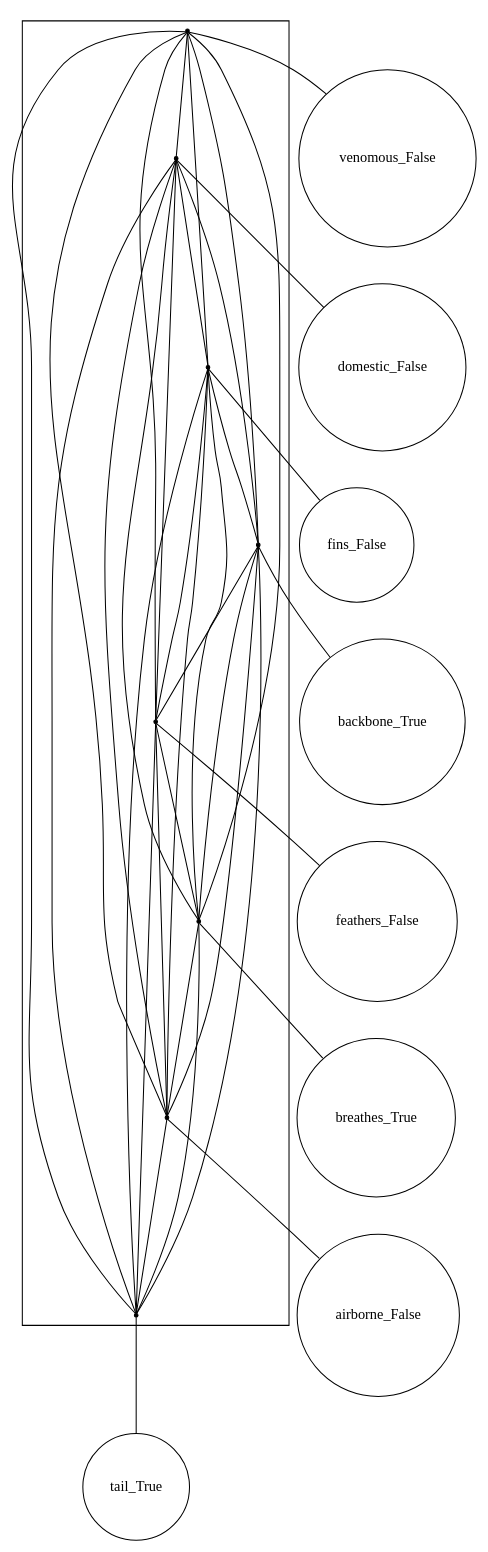
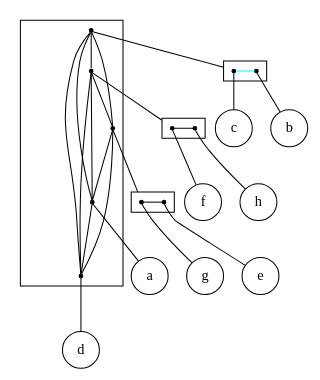
Before and after one commit to lrodrin/TFG: the diagram in src/final/linear_2-structure.dot, drawn with Graphviz. The commit also changed 4 other files, not shown here.

```diff
--- a/src/final/linear_2-structure.dot
+++ b/src/final/linear_2-structure.dot
@@ -1,55 +1,58 @@
 strict digraph "linear_2-structure" {
 compound=true;
 fontname=Verdana;
 fontsize=12;
 newrank=true;
 node [shape=circle];
-venomous_False;
-domestic_False;
-fins_False;
-backbone_True;
-feathers_False;
-breathes_True;
-airborne_False;
-tail_True;
-subgraph cluster_tail_Truefeathers_Falsefins_Falsebreathes_Truedomestic_Falsevenomous_Falsebackbone_Trueairborne_False {
+a;
+d;
+g;
+e;
+f;
+h;
+c;
+b;
+subgraph cluster_edaghfcb {
 node [shape=point];
-s_venomous_False -> s_domestic_False  [color=black, arrowhead=none];
-s_venomous_False -> s_fins_False  [color=black, arrowhead=none];
-s_venomous_False -> s_backbone_True  [color=black, arrowhead=none];
-s_venomous_False -> s_feathers_False  [color=black, arrowhead=none];
-s_venomous_False -> s_breathes_True  [color=black, arrowhead=none];
-s_venomous_False -> s_airborne_False  [color=black, arrowhead=none];
-s_venomous_False -> s_tail_True  [color=black, arrowhead=none];
-s_domestic_False -> s_fins_False  [color=black, arrowhead=none];
-s_domestic_False -> s_backbone_True  [color=black, arrowhead=none];
-s_domestic_False -> s_feathers_False  [color=black, arrowhead=none];
-s_domestic_False -> s_breathes_True  [color=black, arrowhead=none];
-s_domestic_False -> s_airborne_False  [color=black, arrowhead=none];
-s_domestic_False -> s_tail_True  [color=black, arrowhead=none];
-s_fins_False -> s_backbone_True  [color=black, arrowhead=none];
-s_fins_False -> s_feathers_False  [color=black, arrowhead=none];
-s_fins_False -> s_breathes_True  [color=black, arrowhead=none];
-s_fins_False -> s_airborne_False  [color=black, arrowhead=none];
-s_fins_False -> s_tail_True  [color=black, arrowhead=none];
-s_backbone_True -> s_feathers_False  [color=black, arrowhead=none];
-s_backbone_True -> s_breathes_True  [color=black, arrowhead=none];
-s_backbone_True -> s_airborne_False  [color=black, arrowhead=none];
-s_backbone_True -> s_tail_True  [color=black, arrowhead=none];
-s_feathers_False -> s_breathes_True  [color=black, arrowhead=none];
-s_feathers_False -> s_airborne_False  [color=black, arrowhead=none];
-s_feathers_False -> s_tail_True  [color=black, arrowhead=none];
-s_breathes_True -> s_airborne_False  [color=black, arrowhead=none];
-s_breathes_True -> s_tail_True  [color=black, arrowhead=none];
-s_airborne_False -> s_tail_True  [color=black, arrowhead=none];
+s_cb -> s_hf  [color=black, arrowhead=none];
+s_cb -> s_eg  [color=black, arrowhead=none];
+s_cb -> s_a  [color=black, arrowhead=none];
+s_cb -> s_d  [color=black, arrowhead=none];
+s_hf -> s_eg  [color=black, arrowhead=none];
+s_hf -> s_a  [color=black, arrowhead=none];
+s_hf -> s_d  [color=black, arrowhead=none];
+s_eg -> s_a  [color=black, arrowhead=none];
+s_eg -> s_d  [color=black, arrowhead=none];
+s_a -> s_d  [color=black, arrowhead=none];
 }
 
-s_venomous_False -> venomous_False  [arrowhead=none];
-s_domestic_False -> domestic_False  [arrowhead=none];
-s_fins_False -> fins_False  [arrowhead=none];
-s_backbone_True -> backbone_True  [arrowhead=none];
-s_feathers_False -> feathers_False  [arrowhead=none];
-s_breathes_True -> breathes_True  [arrowhead=none];
-s_airborne_False -> airborne_False  [arrowhead=none];
-s_tail_True -> tail_True  [arrowhead=none];
+subgraph cluster_eg {
+rank=same;
+node [shape=point];
+s_g -> s_e  [color=black, arrowhead=none];
 }
+
+subgraph cluster_hf {
+rank=same;
+node [shape=point];
+s_f -> s_h  [color=black, arrowhead=none];
+}
+
+subgraph cluster_cb {
+rank=same;
+node [shape=point];
+s_c -> s_b  [color=cyan, arrowhead=none];
+}
+
+s_cb -> s_c  [lhead=cluster_cb, arrowhead=none];
+s_hf -> s_f  [lhead=cluster_hf, arrowhead=none];
+s_eg -> s_g  [lhead=cluster_eg, arrowhead=none];
+s_a -> a  [arrowhead=none];
+s_d -> d  [arrowhead=none];
+s_g -> g  [arrowhead=none];
+s_e -> e  [arrowhead=none];
+s_f -> f  [arrowhead=none];
+s_h -> h  [arrowhead=none];
+s_c -> c  [arrowhead=none];
+s_b -> b  [arrowhead=none];
+}
```
